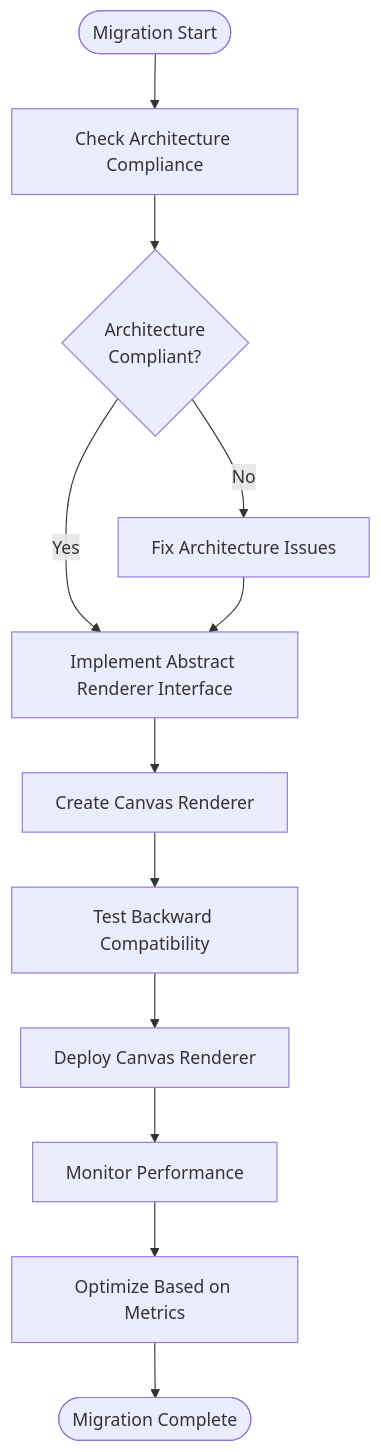
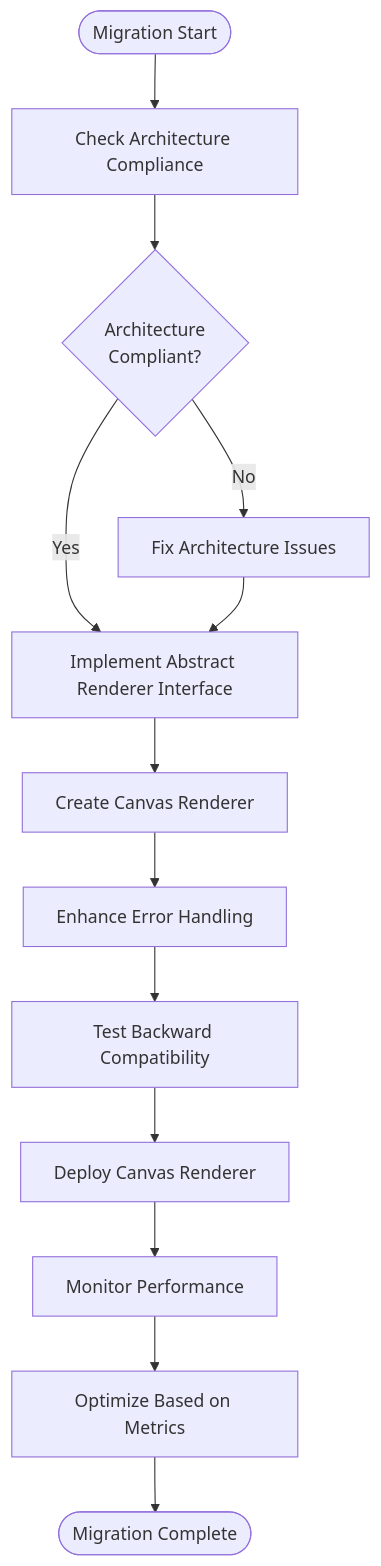
One commit to Anna0314zy/ai_editor_enginer changed the sixth of 7 diagrams in .qoder/repowiki/en/content/Rendering System/Canvas Renderer Integration Plans.md. Above: the diagram before and after it, drawn with Mermaid. The commit also changed other lines of this file and 44 other files, not shown here.

````diff
--- a/.qoder/repowiki/en/content/Rendering System/Canvas Renderer Integration Plans.md
+++ b/.qoder/repowiki/en/content/Rendering System/Canvas Renderer Integration Plans.md
@@ -284,14 +401,15 @@
 ```mermaid
 flowchart TD
 START([Migration Start]) --> CHECK_ARCH["Check Architecture Compliance"]
 CHECK_ARCH --> ARCH_COMPLIANT{"Architecture<br/>Compliant?"}
 ARCH_COMPLIANT --> |No| FIX_ARCH["Fix Architecture Issues"]
 ARCH_COMPLIANT --> |Yes| IMPLEMENT_IFACE["Implement Abstract Renderer Interface"]
 FIX_ARCH --> IMPLEMENT_IFACE
 IMPLEMENT_IFACE --> CREATE_CANVAS["Create Canvas Renderer"]
-CREATE_CANVAS --> TEST_COMPAT["Test Backward Compatibility"]
+CREATE_CANVAS --> ENHANCE_ERROR_HANDLING["Enhance Error Handling"]
+ENHANCE_ERROR_HANDLING --> TEST_COMPAT["Test Backward Compatibility"]
 TEST_COMPAT --> DEPLOY_CANVAS["Deploy Canvas Renderer"]
 DEPLOY_CANVAS --> MONITOR_PERFORMANCE["Monitor Performance"]
 MONITOR_PERFORMANCE --> OPTIMIZE["Optimize Based on Metrics"]
 OPTIMIZE --> END([Migration Complete])
 ```
````
